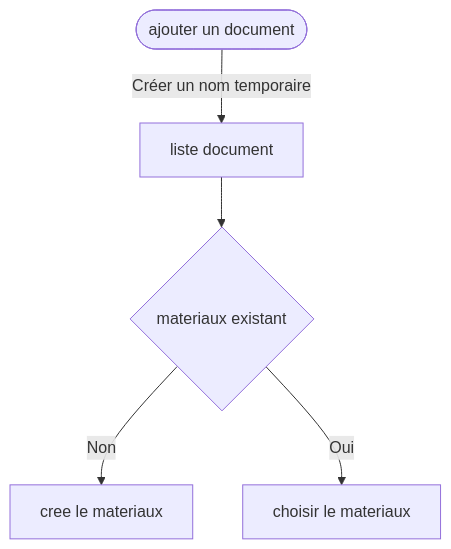
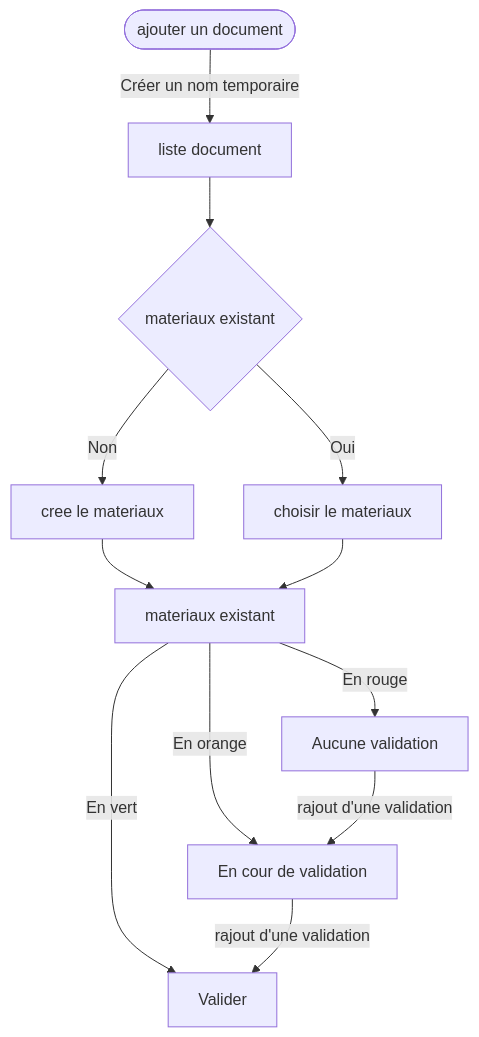
One commit to andergroundvrej/test changed the second of 2 diagrams in README.md. Above: the diagram before and after it, drawn with Mermaid.

Commit message:
Update flowchart in README for material validation

````diff
--- a/README.md
+++ b/README.md
@@ -96,9 +96,16 @@
 ```mermaid
 flowchart TD
 A([ajouter un document]) -- Créer un nom temporaire --> B[liste document]
 B --> C{materiaux existant}
 C -- Non --> D[cree le materiaux]
 C -- Oui --> E[choisir le materiaux]
+D --> F[materiaux existant]
+E --> F
+F -- En rouge --> G[Aucune validation]
+F -- En orange --> H[En cour de validation]
+F -- En vert --> I[Valider]
+G -- rajout d'une validation --> H
+H -- rajout d'une validation --> I
 
 
 ```
````
